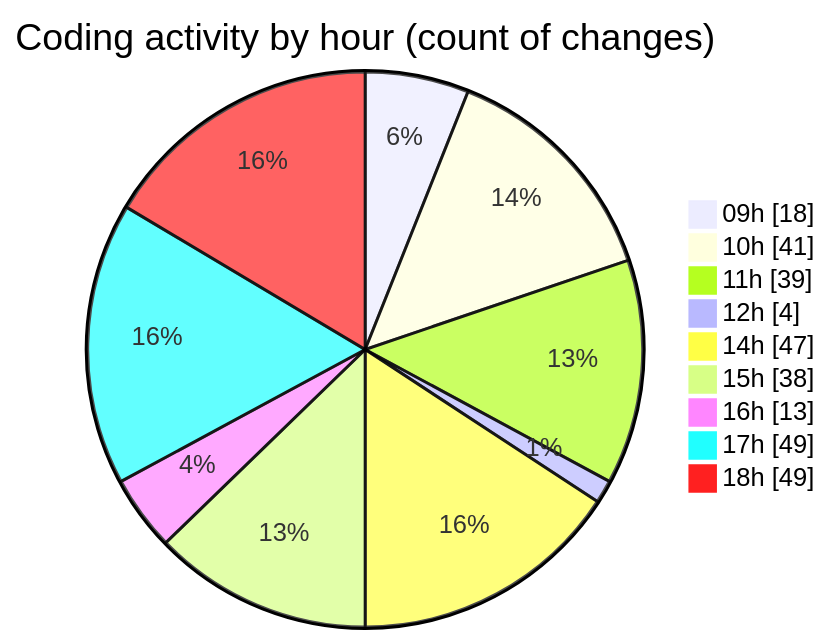
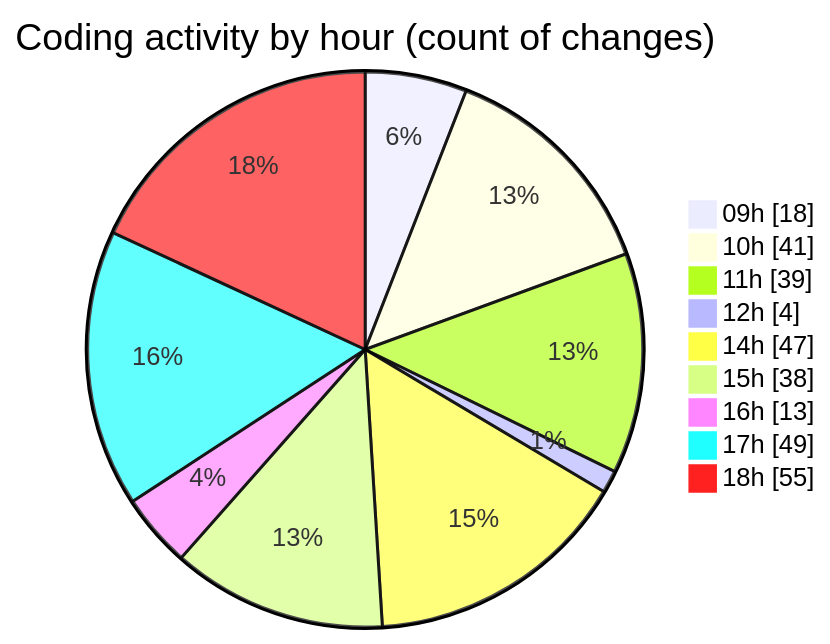
Before and after one commit to momahboobian/code-tracking: the second of 2 diagrams in 2025-02-11/cda/README.md, drawn with Mermaid. The commit also changed other lines of this file and 1 other file, not shown here.

````diff
--- a/2025-02-11/cda/README.md
+++ b/2025-02-11/cda/README.md
@@ -34,13 +34,13 @@
 ```mermaid
 pie showData
 title Coding activity by hour (count of changes)
 "09h" : 18
 "10h" : 41
 "11h" : 39
 "12h" : 4
 "14h" : 47
 "15h" : 38
 "16h" : 13
 "17h" : 49
-"18h" : 49
+"18h" : 55
 ```
````
